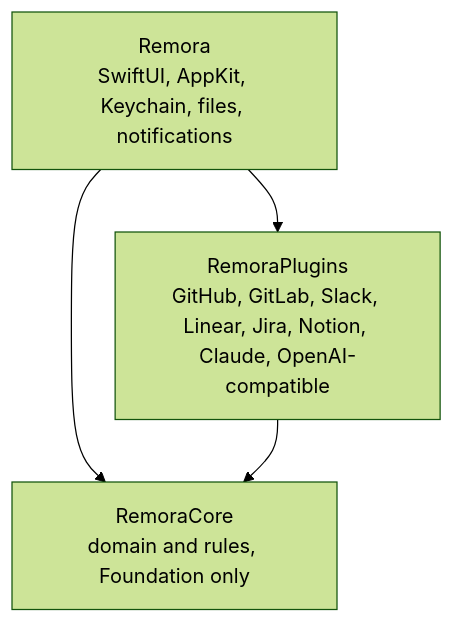
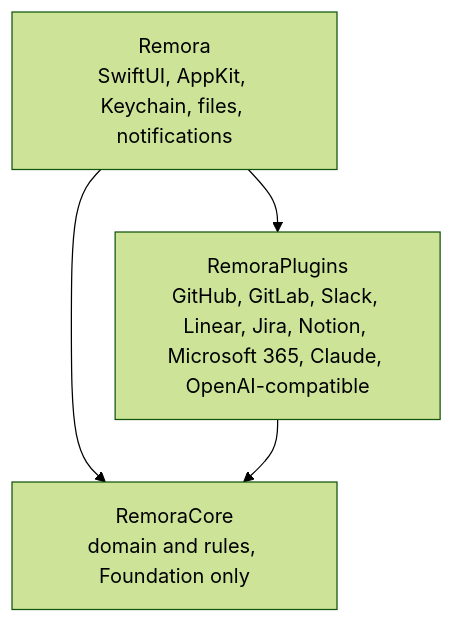
Before and after one commit to iGitScor/triage: the diagram in docs/develop/index.md, drawn with Mermaid (forest theme). The commit also changed 39 other files, not shown here.

````diff
--- a/docs/develop/index.md
+++ b/docs/develop/index.md
@@ -11,6 +11,6 @@
 ```mermaid
 flowchart TB
-  App["Remora<br/>SwiftUI, AppKit, Keychain, files, notifications"] --> Plugins["RemoraPlugins<br/>GitHub, GitLab, Slack, Linear, Jira, Notion, Claude, OpenAI-compatible"]
+  App["Remora<br/>SwiftUI, AppKit, Keychain, files, notifications"] --> Plugins["RemoraPlugins<br/>GitHub, GitLab, Slack, Linear, Jira, Notion, Microsoft 365, Claude, OpenAI-compatible"]
   App --> Core["RemoraCore<br/>domain and rules, Foundation only"]
   Plugins --> Core
 ```
````
